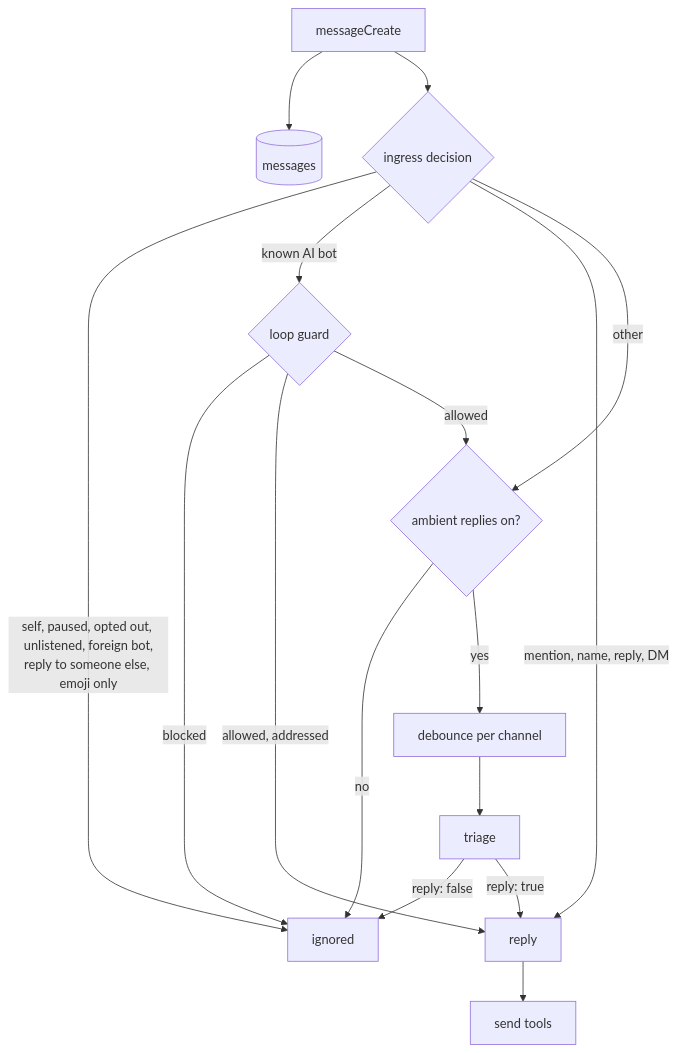
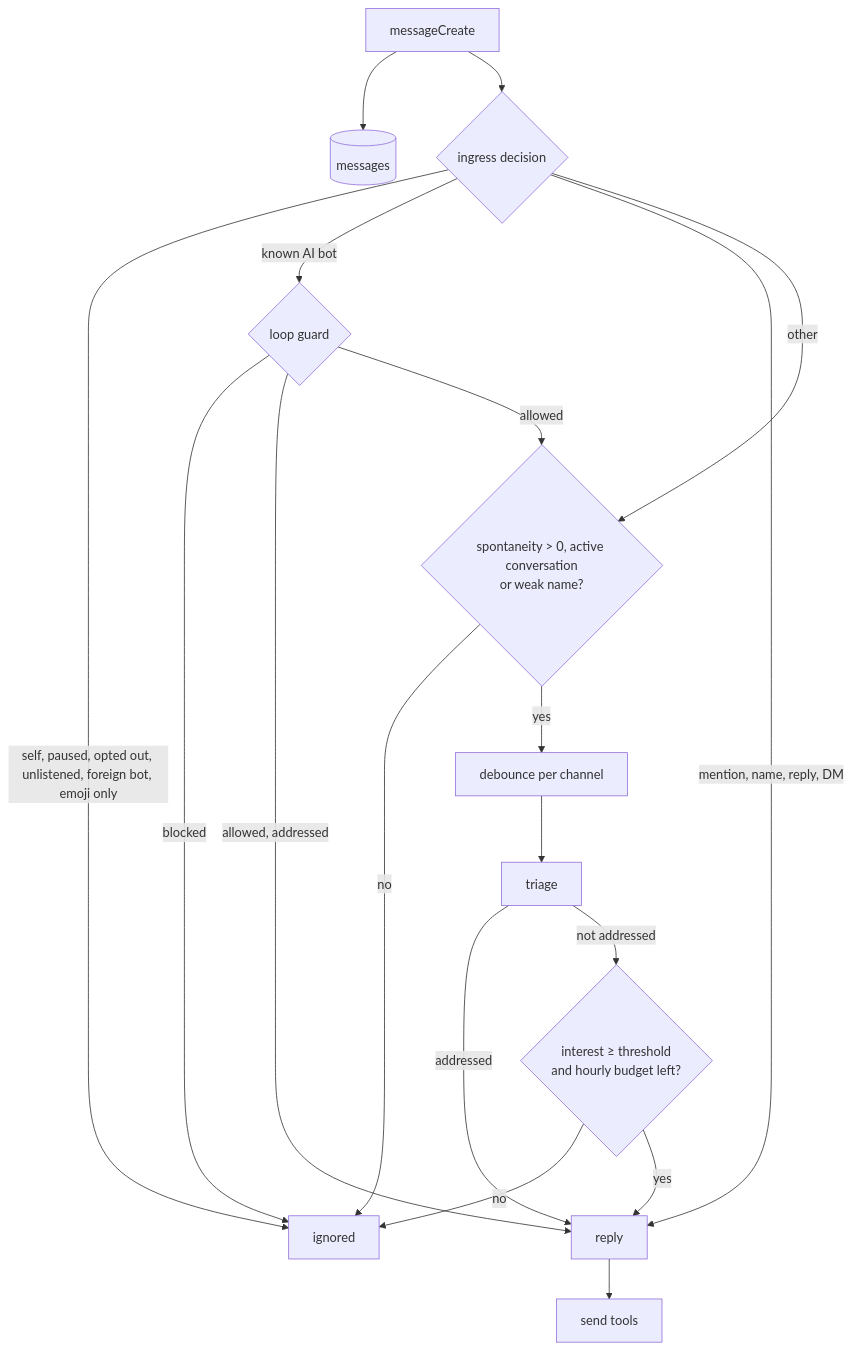
Before and after one commit to LeoBdt/ARCHIVE-9: the second of 2 diagrams in docs/ARCHITECTURE.md, drawn with Mermaid. The commit also changed other lines of this file and 15 other files, not shown here.

First line of the commit message:
feat(bot): spontaneity levels with interest scoring and an hourly budget

````diff
--- a/docs/ARCHITECTURE.md
+++ b/docs/ARCHITECTURE.md
@@ -46,18 +46,20 @@
 ```mermaid
 flowchart TD
   M[messageCreate] --> S[(messages)]
   M --> F{ingress decision}
-  F -->|self, paused, opted out, unlistened, foreign bot,<br/>reply to someone else, emoji only| X[ignored]
+  F -->|self, paused, opted out, unlistened, foreign bot, emoji only| X[ignored]
   F -->|known AI bot| L{loop guard}
   L -->|blocked| X
   L -->|allowed, addressed| R
   L -->|allowed| O
   F -->|mention, name, reply, DM| R
-  F -->|other| O{ambient replies on?}
+  F -->|other| O{spontaneity > 0, active conversation<br/>or weak name?}
   O -->|no| X
   O -->|yes| DB[debounce per channel]
   DB --> T[triage]
-  T -->|reply: false| X
-  T -->|reply: true| R[reply]
+  T -->|addressed| R[reply]
+  T -->|not addressed| B{interest ≥ threshold<br/>and hourly budget left?}
+  B -->|no| X
+  B -->|yes| R
   R --> OUT[send tools]
 ```
````
